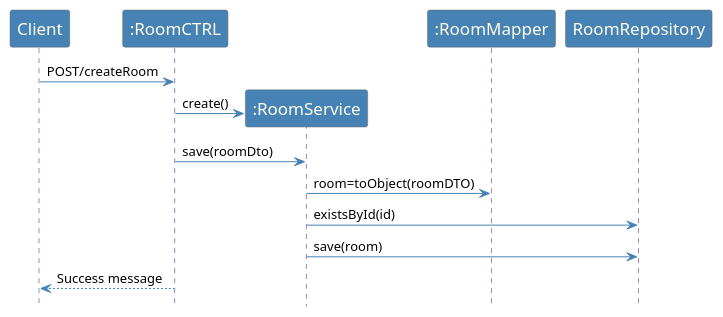
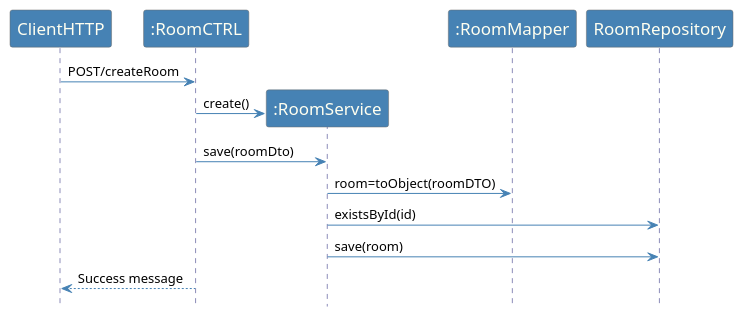
One commit to emanuel-pereira/hou changed the diagram in src/main/java/smarthome/controller/sequenceDiagrams/sd_RestNewRoom.puml. Above: the diagram before and after it, drawn with PlantUML. The commit also changed 6 other files, not shown here.

Commit message:
RoomCTRL: findAll returns a ResponseEntity<Object> and add tests. US listRoomOfHouse improvement and fix tests. Add tests to RoomService. Update sequence diagram. Ref #224

```diff
--- a/src/main/java/smarthome/controller/sequenceDiagrams/sd_RestNewRoom.puml
+++ b/src/main/java/smarthome/controller/sequenceDiagrams/sd_RestNewRoom.puml
@@ -1,39 +1,39 @@
 @startuml
 hidefootbox
 
 skinparam sequence {
 	ArrowColor SteelBlue
 	LifeLineBorderColor MidnightBlue
 	LifeLineBackgroundColor #A9DCDF
 
 	ParticipantBorderColor Dimgray
 	ParticipantBackgroundColor SteelBlue
 	ParticipantFontName Calibri Bold
 	ParticipantFontSize 17
 	ParticipantFontColor Ivory
 
 	ActorBackgroundColor SteelBlue
 	ActorFontColor MidnightBlue
 	ActorFontSize 17
 	ActorFontName Aapex
 
 }
 
 skinparam note {
 BorderColor SteelBlue
 }
 
 
-Client -> ":RoomCTRL":  POST/createRoom
+ClientHTTP -> ":RoomCTRL":  POST/createRoom
 create ":RoomService"
 ":RoomCTRL" -> ":RoomService": create()
 ":RoomCTRL" -> ":RoomService": save(roomDto)
 ":RoomService" -> ":RoomMapper": room=toObject(roomDTO)
 ":RoomService" -> RoomRepository: existsById(id)
 ":RoomService" -> RoomRepository: save(room)
-Client <-- ":RoomCTRL":  Success message
+ClientHTTP <-- ":RoomCTRL":  Success message
 
 
 
 
 @enduml
```
